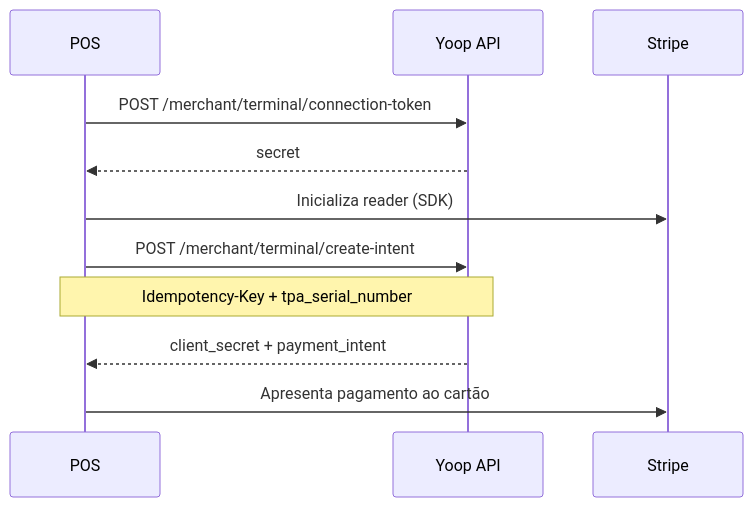
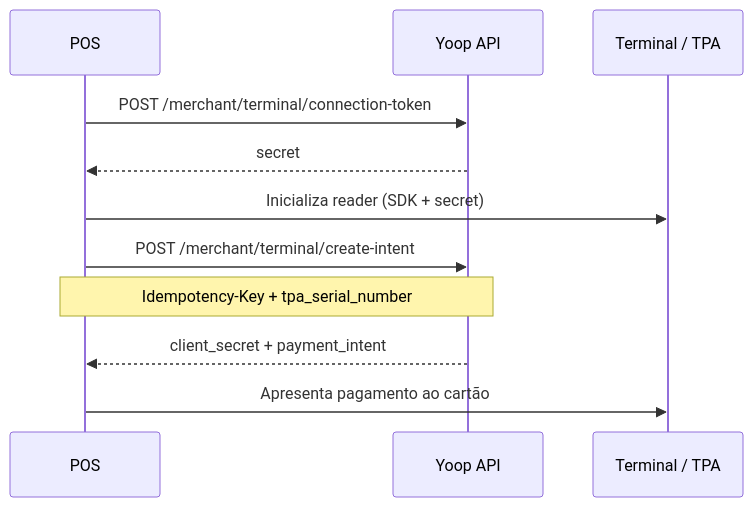
One commit to solonline/mysologo.com changed the diagram in docs/guides/partners/terminal-topup.md. Above: the diagram before and after it, drawn with Mermaid. The commit also changed other lines of this file and 31 other files, not shown here.

````diff
--- a/docs/guides/partners/terminal-topup.md
+++ b/docs/guides/partners/terminal-topup.md
@@ -21,14 +21,14 @@
 ```mermaid
 sequenceDiagram
     participant POS
     participant API as Yoop API
-    participant Stripe
+    participant Reader as Terminal / TPA
 
     POS->>API: POST /merchant/terminal/connection-token
     API-->>POS: secret
-    POS->>Stripe: Inicializa reader (SDK)
+    POS->>Reader: Inicializa reader (SDK + secret)
     POS->>API: POST /merchant/terminal/create-intent
     Note over POS,API: Idempotency-Key + tpa_serial_number
     API-->>POS: client_secret + payment_intent
-    POS->>Stripe: Apresenta pagamento ao cartão
+    POS->>Reader: Apresenta pagamento ao cartão
 ```
````
